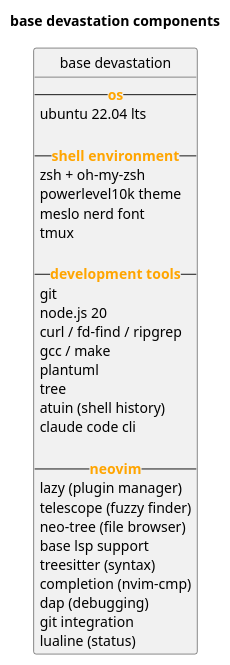
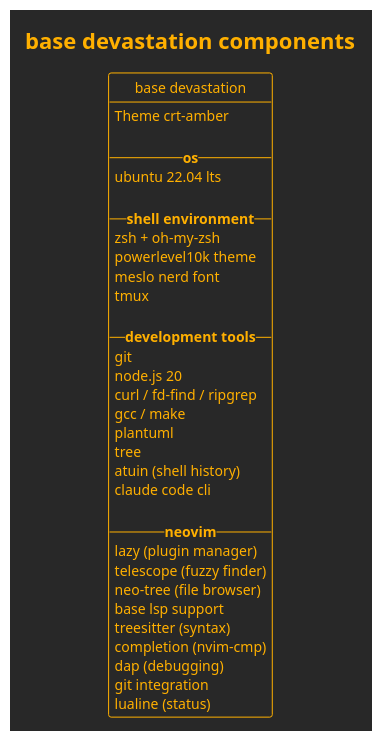
Before and after one commit to this-kirke/devastation: the diagram in docs/src/base_architecture.puml, drawn with PlantUML. The commit also changed 13 other files, not shown here.

```diff
--- a/docs/src/base_architecture.puml
+++ b/docs/src/base_architecture.puml
@@ -1,40 +1,43 @@
 @startuml base_architecture
+
+!theme crt-amber
 
 title base devastation components
 
 hide circle
 hide stereotypes
-
 class "base devastation" as BaseDev {
-  -- <color:ORANGE><b>os</b></color> --
+  Theme crt-amber
+  
+  -- <b>os</b> --
   ubuntu 22.04 lts
   
-  -- <color:ORANGE><b>shell environment</b></color> --
+  -- <b>shell environment</b> --
   zsh + oh-my-zsh
   powerlevel10k theme
   meslo nerd font
   tmux
   
-  -- <color:ORANGE><b>development tools</b></color> --
+  -- <b>development tools</b> --
   git
   node.js 20
   curl / fd-find / ripgrep
   gcc / make
   plantuml
   tree
   atuin (shell history)
   claude code cli
   
-  -- <color:ORANGE><b>neovim</b></color> --
+  -- <b>neovim</b> --
   lazy (plugin manager)
   telescope (fuzzy finder)
   neo-tree (file browser)
   base lsp support
   treesitter (syntax)
   completion (nvim-cmp)
   dap (debugging)
   git integration
   lualine (status)
 }
 
 @enduml
```
